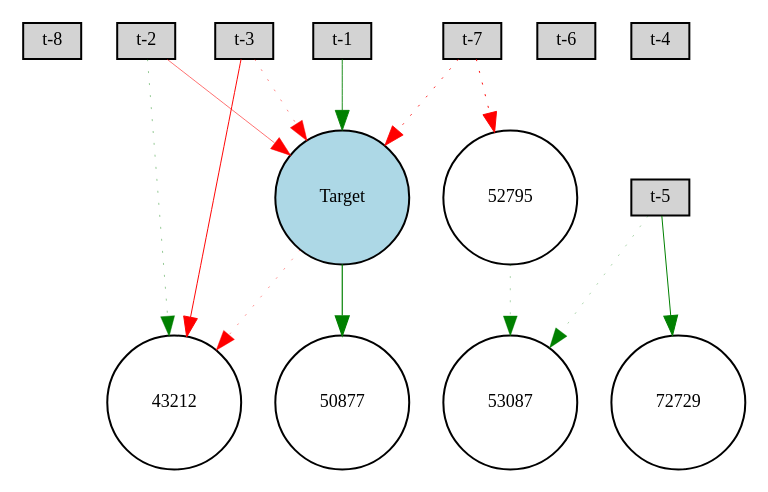
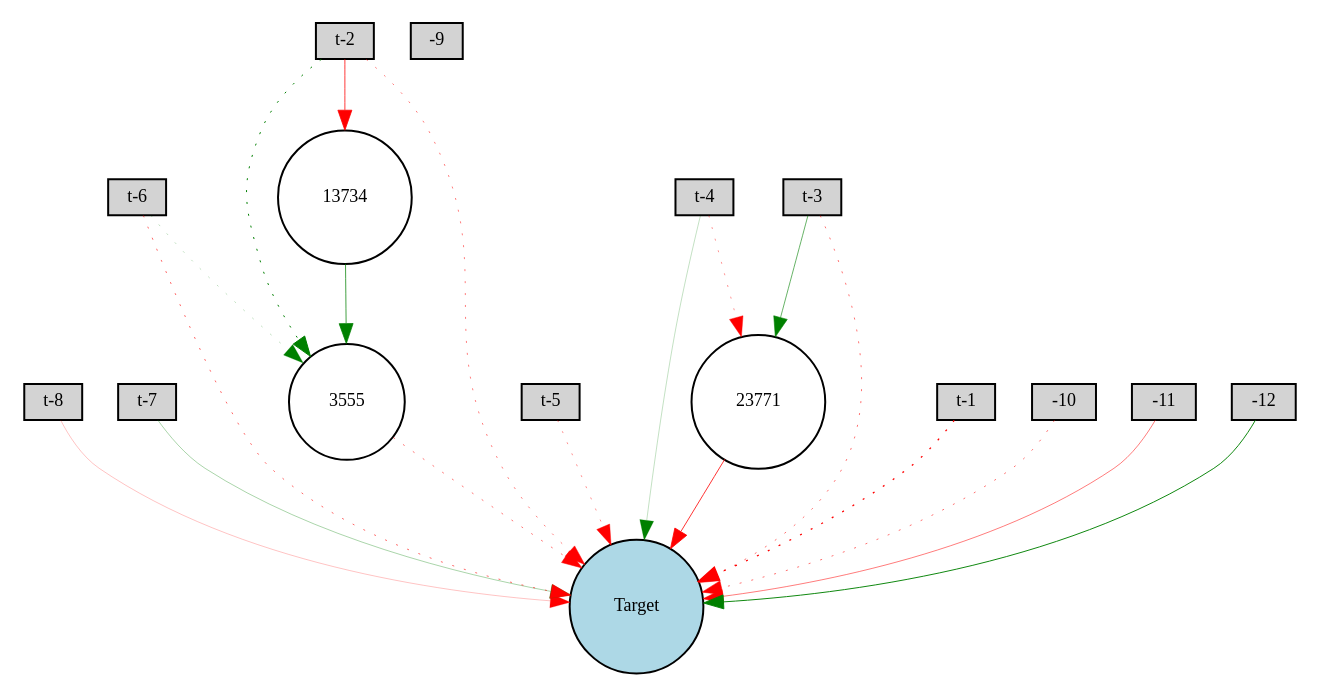
The diagram in sunspot/Digraph.gv (lafengxiaoyu/ENN), drawn with Graphviz before and after one commit. The commit also changed 10 other files, not shown here.

```diff
--- a/sunspot/Digraph.gv
+++ b/sunspot/Digraph.gv
@@ -1,29 +1,38 @@
 digraph {
 	node [fontsize=9 height=0.2 shape=circle width=0.2]
 	"t-8" [fillcolor=lightgray shape=box style=filled]
 	"t-7" [fillcolor=lightgray shape=box style=filled]
 	"t-6" [fillcolor=lightgray shape=box style=filled]
 	"t-5" [fillcolor=lightgray shape=box style=filled]
 	"t-4" [fillcolor=lightgray shape=box style=filled]
 	"t-3" [fillcolor=lightgray shape=box style=filled]
 	"t-2" [fillcolor=lightgray shape=box style=filled]
 	"t-1" [fillcolor=lightgray shape=box style=filled]
+	-9 [fillcolor=lightgray shape=box style=filled]
+	-10 [fillcolor=lightgray shape=box style=filled]
+	-11 [fillcolor=lightgray shape=box style=filled]
+	-12 [fillcolor=lightgray shape=box style=filled]
 	Target [fillcolor=lightblue style=filled]
-	43212 [fillcolor=white style=filled]
-	72729 [fillcolor=white style=filled]
-	52795 [fillcolor=white style=filled]
-	50877 [fillcolor=white style=filled]
-	53087 [fillcolor=white style=filled]
-	"t-7" -> Target [color=red penwidth=0.4074328379512435 style=dotted]
-	"t-3" -> Target [color=red penwidth=0.2360080144177242 style=dotted]
-	"t-2" -> Target [color=red penwidth=0.27991962603561654 style=solid]
-	"t-1" -> Target [color=green penwidth=0.44040337804613594 style=solid]
-	"t-2" -> 43212 [color=green penwidth=0.21360235157363344 style=dotted]
-	Target -> 43212 [color=red penwidth=0.2114892259544016 style=dotted]
-	"t-3" -> 43212 [color=red penwidth=0.48789902825176024 style=solid]
-	"t-7" -> 52795 [color=red penwidth=0.47902536611783353 style=dotted]
-	"t-5" -> 53087 [color=green penwidth=0.16091295640827713 style=dotted]
-	"t-5" -> 72729 [color=green penwidth=0.4976551374959455 style=solid]
-	Target -> 50877 [color=green penwidth=0.5914141901497043 style=solid]
-	52795 -> 53087 [color=green penwidth=0.16417416131852436 style=dotted]
+	3555 [fillcolor=white style=filled]
+	13734 [fillcolor=white style=filled]
+	23771 [fillcolor=white style=filled]
+	"t-8" -> Target [color=red penwidth=0.11930091222437383 style=solid]
+	"t-7" -> Target [color=green penwidth=0.1710925563072178 style=solid]
+	"t-6" -> Target [color=red penwidth=0.3037248139239592 style=dotted]
+	"t-5" -> Target [color=red penwidth=0.21844234233501175 style=dotted]
+	"t-4" -> Target [color=green penwidth=0.11632139528026508 style=solid]
+	"t-3" -> Target [color=red penwidth=0.2842584730755019 style=dotted]
+	"t-2" -> Target [color=red penwidth=0.2592645121560057 style=dotted]
+	"t-1" -> Target [color=red penwidth=0.6505448921534644 style=dotted]
+	-11 -> Target [color=red penwidth=0.2627791163933019 style=solid]
+	-12 -> Target [color=green penwidth=0.4674317087263624 style=solid]
+	-10 -> Target [color=red penwidth=0.27845801190368613 style=dotted]
+	"t-2" -> 3555 [color=green penwidth=0.5025982433158217 style=dotted]
+	3555 -> Target [color=red penwidth=0.27133708680753327 style=dotted]
+	"t-6" -> 3555 [color=green penwidth=0.1261931591717127 style=dotted]
+	"t-2" -> 13734 [color=red penwidth=0.3910772226915342 style=solid]
+	13734 -> 3555 [color=green penwidth=0.36798311608478573 style=solid]
+	"t-3" -> 23771 [color=green penwidth=0.29677204078104114 style=solid]
+	23771 -> Target [color=red penwidth=0.40476343505995327 style=solid]
+	"t-4" -> 23771 [color=red penwidth=0.21198807391676372 style=dotted]
 }
```
